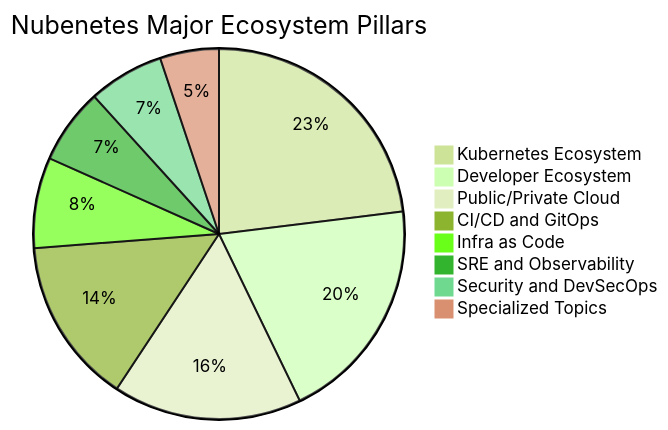
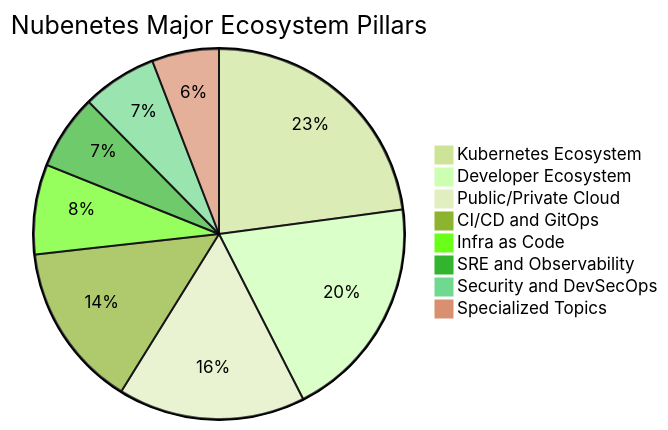
The second of 11 diagrams in README.md (nubenetes/awesome-kubernetes), drawn with Mermaid (forest theme) before and after one commit. The commit also changed other lines of this file, not shown here.

````diff
--- a/README.md
+++ b/README.md
@@ -208,11 +208,11 @@
 ```mermaid
 pie title Nubenetes Major Ecosystem Pillars
     "Kubernetes Ecosystem" : 3500
     "Developer Ecosystem" : 3000
     "Public/Private Cloud" : 2500
     "CI/CD and GitOps" : 2200
     "Infra as Code" : 1200
     "SRE and Observability" : 1000
     "Security and DevSecOps" : 1000
-    "Specialized Topics" : 780
+    "Specialized Topics" : 895
 ```
````
